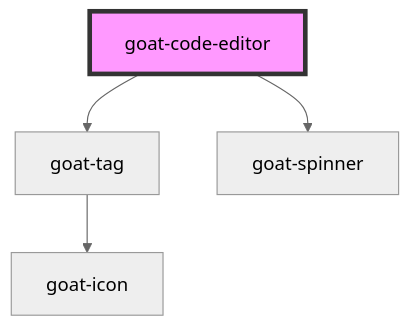
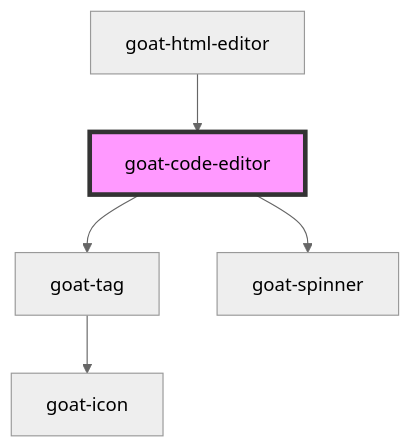
Before and after one commit to goatui/components: the diagram in src/components/data-entry/code-editor/readme.md, drawn with Mermaid (neutral theme). The commit also changed other lines of this file and 33 other files, not shown here.

First line of the commit message:
59 html editor (#67)

````diff
--- a/src/components/data-entry/code-editor/readme.md
+++ b/src/components/data-entry/code-editor/readme.md
@@ -72,7 +76,8 @@
 ```mermaid
 graph TD;
   goat-code-editor --> goat-tag
   goat-code-editor --> goat-spinner
   goat-tag --> goat-icon
+  goat-html-editor --> goat-code-editor
   style goat-code-editor fill:#f9f,stroke:#333,stroke-width:4px
 ```
````
